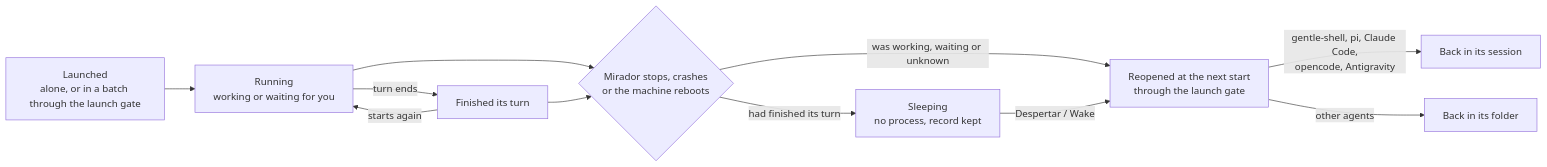
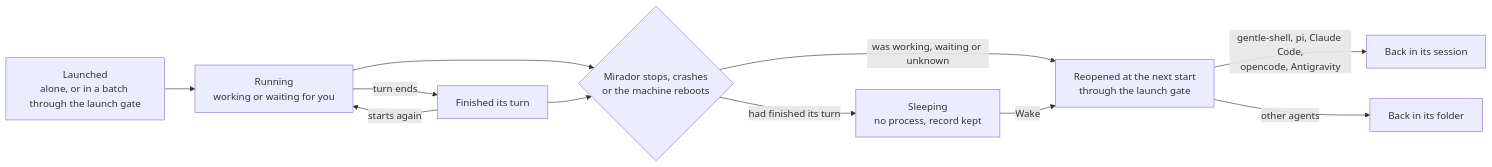
The second of 2 diagrams in README.md (mata-2p/mirador), drawn with Mermaid before and after one commit. The commit also changed other lines of this file and 8 other files, not shown here.

````diff
--- a/README.md
+++ b/README.md
@@ -183,13 +146,13 @@
 ```mermaid
 flowchart LR
   L["Launched<br/>alone, or in a batch through the launch gate"] --> R["Running<br/>working or waiting for you"]
   R -- "turn ends" --> F["Finished its turn"]
   F -- "starts again" --> R
   R --> X{"Mirador stops, crashes<br/>or the machine reboots"}
   F --> X
   X -- "was working, waiting or unknown" --> O["Reopened at the next start<br/>through the launch gate"]
   X -- "had finished its turn" --> Z["Sleeping<br/>no process, record kept"]
-  Z -- "Despertar / Wake" --> O
+  Z -- "Wake" --> O
   O -- "gentle-shell, pi, Claude Code,<br/>opencode, Antigravity" --> P["Back in its session"]
   O -- "other agents" --> D["Back in its folder"]
 ```
````
